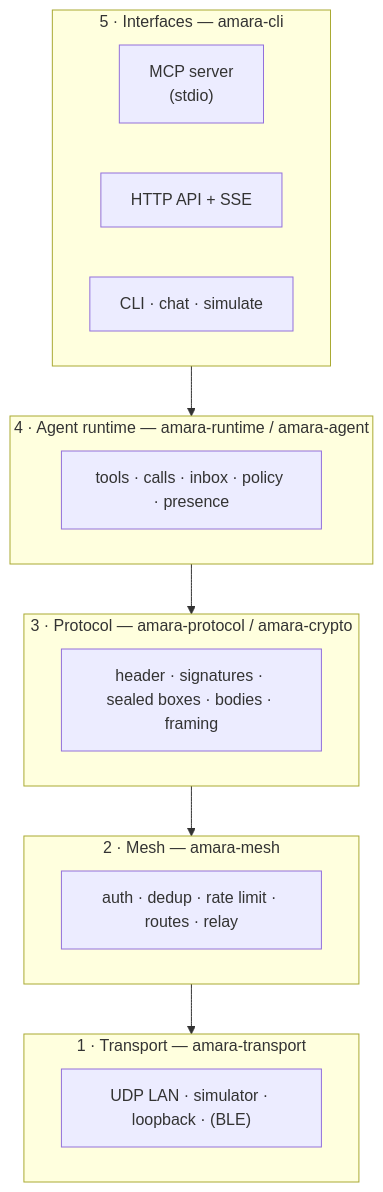
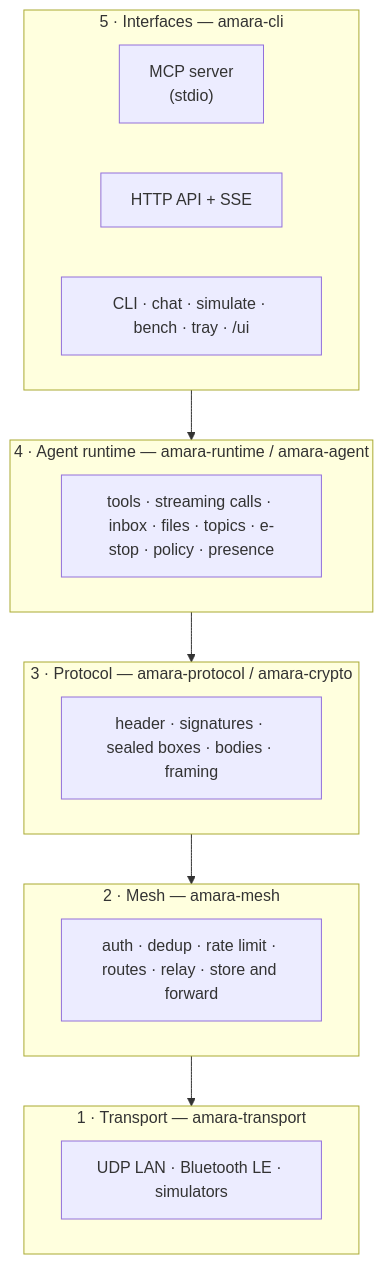
Before and after one commit to KalarisLabs/amara: the first of 2 diagrams in docs/ARCHITECTURE.md, drawn with Mermaid. The commit also changed other lines of this file and 52 other files, not shown here.

Commit message:
AMARA 0.3: BLE transport, message store, files/topics, tray UI, bench, robotics docs

````diff
--- a/docs/ARCHITECTURE.md
+++ b/docs/ARCHITECTURE.md
@@ -6,21 +6,21 @@
 ```mermaid
 flowchart TB
     subgraph L5["5 · Interfaces — amara-cli"]
         MCP["MCP server<br/>(stdio)"]
         API["HTTP API + SSE"]
-        CLI["CLI · chat · simulate"]
+        CLI["CLI · chat · simulate · bench · tray · /ui"]
     end
     subgraph L4["4 · Agent runtime — amara-runtime / amara-agent"]
-        RT["tools · calls · inbox · policy · presence"]
+        RT["tools · streaming calls · inbox · files · topics · e-stop · policy · presence"]
     end
     subgraph L3["3 · Protocol — amara-protocol / amara-crypto"]
         P["header · signatures · sealed boxes · bodies · framing"]
     end
     subgraph L2["2 · Mesh — amara-mesh"]
-        M["auth · dedup · rate limit · routes · relay"]
+        M["auth · dedup · rate limit · routes · relay · store and forward"]
     end
     subgraph L1["1 · Transport — amara-transport"]
-        T["UDP LAN · simulator · loopback · (BLE)"]
+        T["UDP LAN · Bluetooth LE · simulators"]
     end
     L5 --> L4 --> L3 --> L2 --> L1
 ```
````
